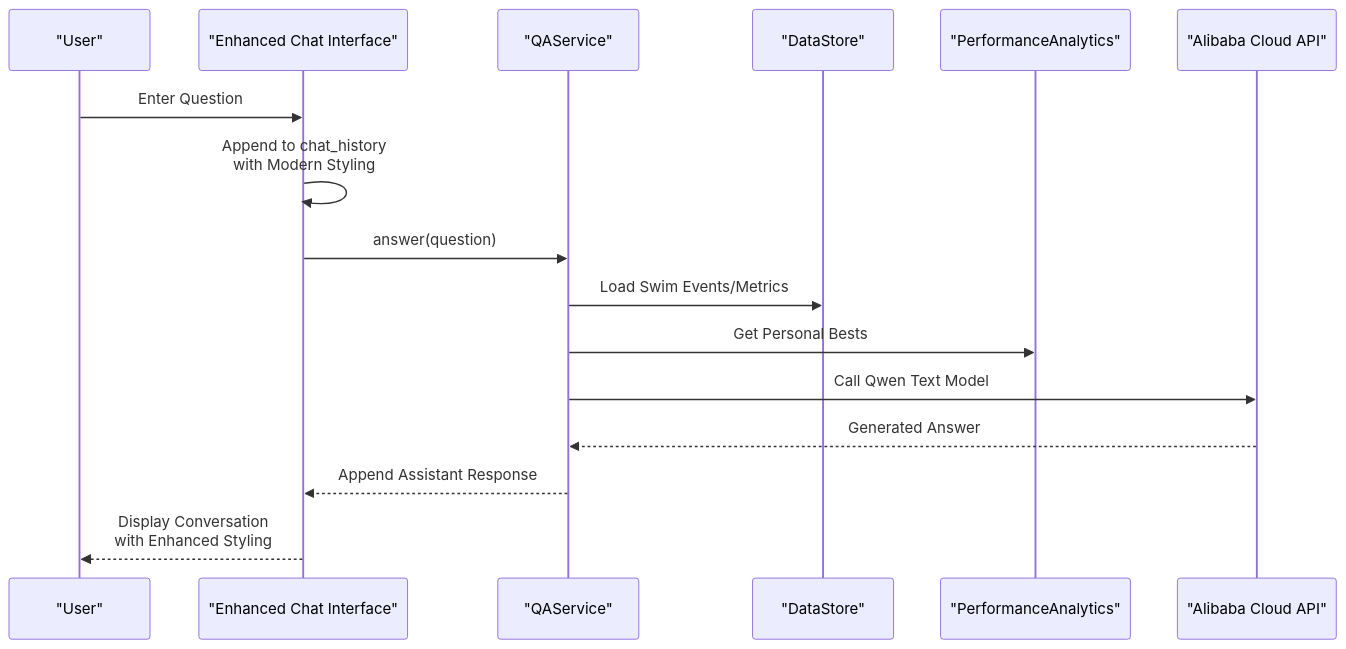
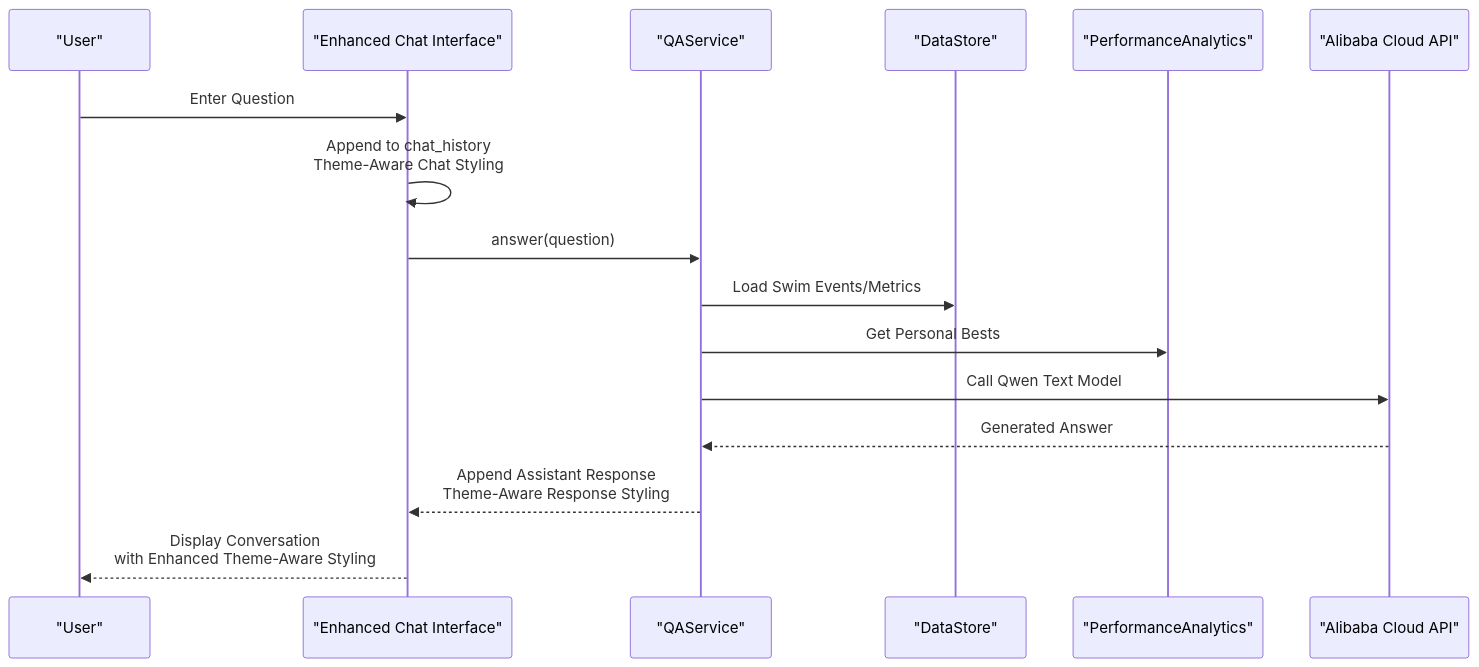
Diagram 14 of 15 in .qoder/repowiki/en/content/Core Components/Application Controller.md (Johnny22056/SwimingStatus), drawn with Mermaid before and after one commit. The commit also changed other lines of this file and 2 other files, not shown here.

First line of the commit message:
feat(theme): integrate comprehensive dynamic theme management system

````diff
--- a/.qoder/repowiki/en/content/Core Components/Application Controller.md
+++ b/.qoder/repowiki/en/content/Core Components/Application Controller.md
@@ -461,18 +519,18 @@
 ```mermaid
 sequenceDiagram
 participant User as "User"
 participant Chat as "Enhanced Chat Interface"
 participant QA as "QAService"
 participant DS as "DataStore"
 participant PA as "PerformanceAnalytics"
 participant API as "Alibaba Cloud API"
 User->>Chat : Enter Question
-Chat->>Chat : Append to chat_history<br/>with Modern Styling
+Chat->>Chat : Append to chat_history<br/>Theme-Aware Chat Styling
 Chat->>QA : answer(question)
 QA->>DS : Load Swim Events/Metrics
 QA->>PA : Get Personal Bests
 QA->>API : Call Qwen Text Model
 API-->>QA : Generated Answer
-QA-->>Chat : Append Assistant Response
-Chat-->>User : Display Conversation<br/>with Enhanced Styling
+QA-->>Chat : Append Assistant Response<br/>Theme-Aware Response Styling
+Chat-->>User : Display Conversation<br/>with Enhanced Theme-Aware Styling
 ```
````
